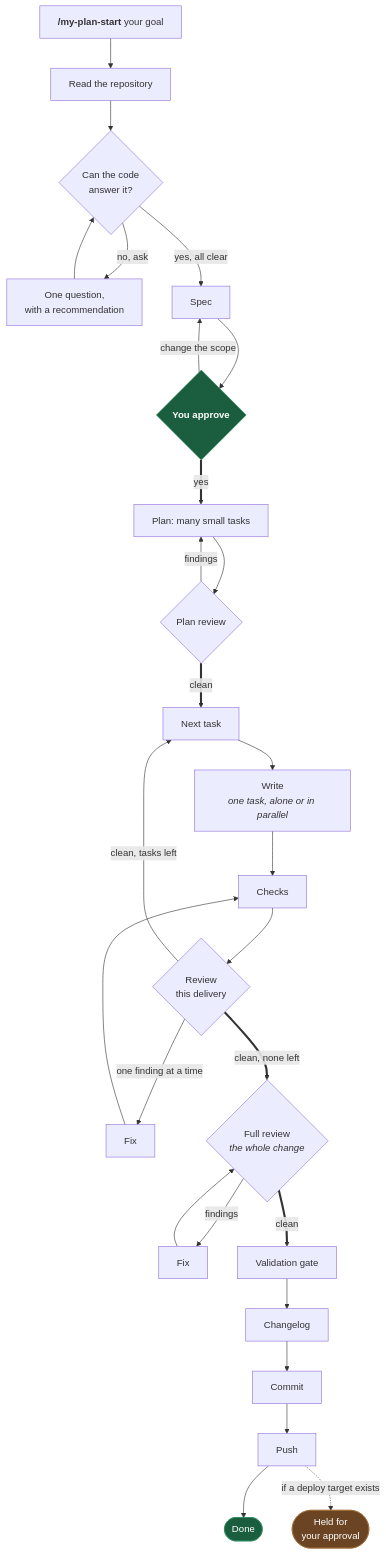
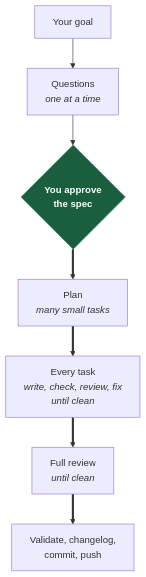
Before and after one commit to anthonydaros/my-plan-claude-plugin: the diagram in README.md, drawn with Mermaid. The commit also changed other lines of this file and 8 other files, not shown here.

````diff
--- a/README.md
+++ b/README.md
@@ -72,40 +72,12 @@
 ```mermaid
 flowchart TD
-    S["<b>/my-plan-start</b> your goal"] --> SCAN["Read the repository"]
-    SCAN --> Q{"Can the code<br/>answer it?"}
-    Q -->|"no, ask"| ASKQ["One question,<br/>with a recommendation"]
-    ASKQ --> Q
-    Q -->|"yes, all clear"| SPEC["Spec"]
-    SPEC --> APPR{"You approve"}
-    APPR -->|"change the scope"| SPEC
+    A["Your goal"] --> B["Questions<br/><i>one at a time</i>"]
+    B --> C{"You approve<br/>the spec"}
+    C ==> D["Plan<br/><i>many small tasks</i>"]
+    D ==> E["Every task<br/><i>write, check, review, fix<br/>until clean</i>"]
+    E ==> F["Full review<br/><i>until clean</i>"]
+    F ==> G["Validate, changelog,<br/>commit, push"]
 
-    APPR ==>|"yes"| PLAN["Plan: many small tasks"]
-    PLAN --> PR{"Plan review"}
-    PR -->|"findings"| PLAN
-
-    PR ==>|"clean"| T["Next task"]
-    T --> W["Write<br/><i>one task, alone or in parallel</i>"]
-    W --> G["Checks"]
-    G --> RV{"Review<br/>this delivery"}
-    RV -->|"one finding at a time"| FIX["Fix"]
-    FIX --> G
-    RV -->|"clean, tasks left"| T
-
-    RV ==>|"clean, none left"| FULL{"Full review<br/><i>the whole change</i>"}
-    FULL -->|"findings"| REM["Fix"]
-    REM --> FULL
-
-    FULL ==>|"clean"| VAL["Validation gate"]
-    VAL --> CL["Changelog"]
-    CL --> CM["Commit"]
-    CM --> PUSH["Push"]
-    PUSH --> DONE(["Done"])
-    PUSH -.->|"if a deploy target exists"| HOLD(["Held for<br/>your approval"])
-
-    classDef gate fill:#1b5e3f,stroke:#2d8a5f,color:#ffffff,font-weight:bold
-    classDef stop fill:#6b4423,stroke:#a06a35,color:#ffffff
-    classDef done fill:#1b5e3f,stroke:#2d8a5f,color:#ffffff
-    class APPR gate
-    class DONE done
-    class HOLD stop
+    classDef gate fill:#1b5e3f,stroke:#2d8a5f,color:#fff,font-weight:bold
+    class C gate
 ```
````
